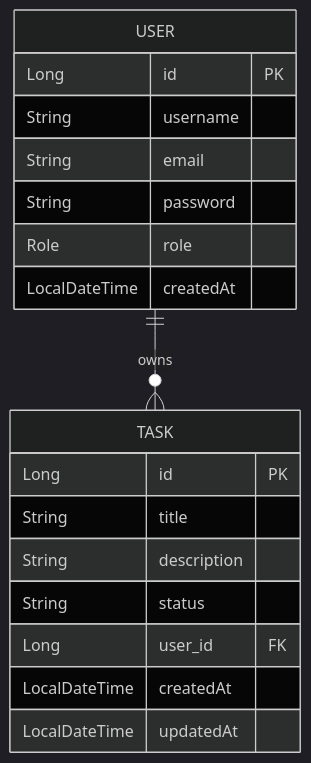
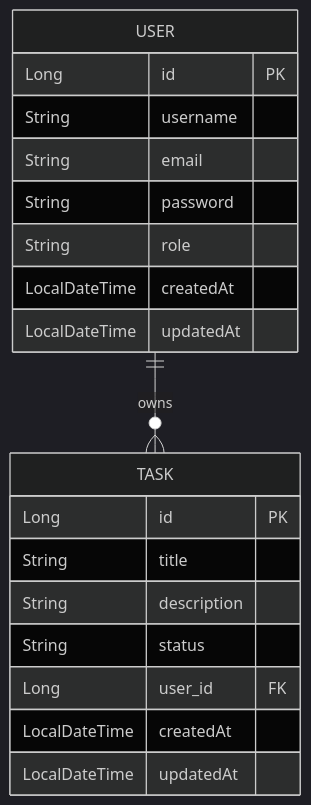
Before and after one commit to huenguyenkim/Taskflow: the third of 3 diagrams in README.md, drawn with Mermaid (dark theme). The commit also changed other lines of this file, not shown here.

````diff
--- a/README.md
+++ b/README.md
@@ -87,21 +145,25 @@
 ```mermaid
 erDiagram
+
     USER ||--o{ TASK : owns
+
     USER {
         Long id PK
         String username
         String email
         String password
-        Role role
+        String role
         LocalDateTime createdAt
+        LocalDateTime updatedAt
     }
+
     TASK {
         Long id PK
         String title
         String description
         String status
         Long user_id FK
         LocalDateTime createdAt
         LocalDateTime updatedAt
     }
 ```
````
